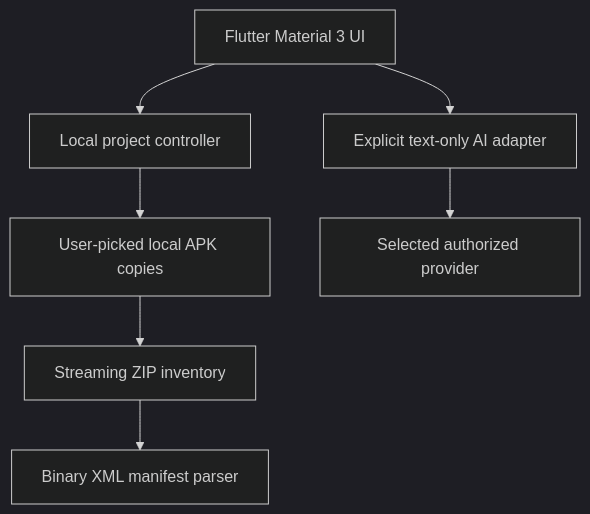
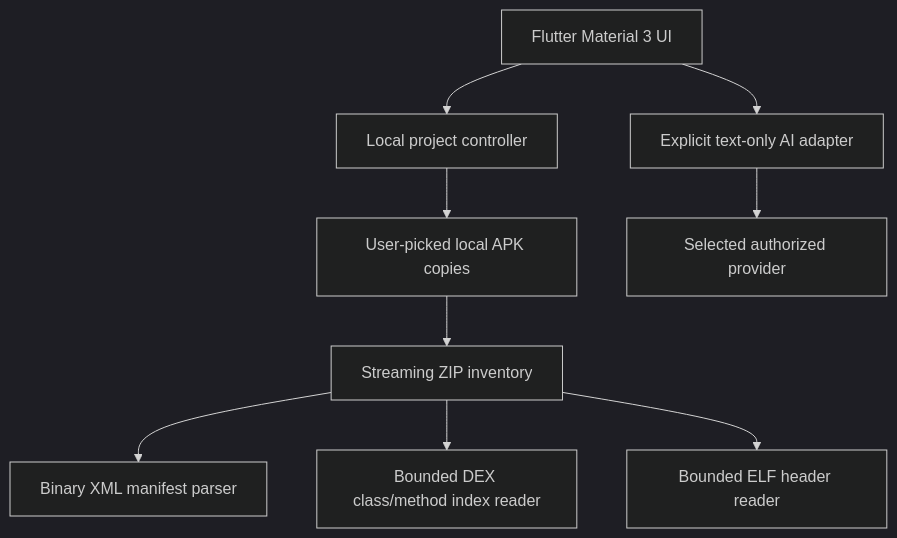
Before and after one commit to faria2177/DroidRE-AI-Studio: the diagram in docs/ARCHITECTURE.md, drawn with Mermaid (dark theme). The commit also changed other lines of this file and 10 other files, not shown here.

Commit message:
Add on-demand DEX class browser and ELF header inspector

````diff
--- a/docs/ARCHITECTURE.md
+++ b/docs/ARCHITECTURE.md
@@ -5,9 +5,11 @@
 ```mermaid
 flowchart TD
   UI[Flutter Material 3 UI] --> STORE[Local project controller]
   STORE --> FILES[User-picked local APK copies]
   FILES --> ZIP[Streaming ZIP inventory]
   ZIP --> XML[Binary XML manifest parser]
+  ZIP --> DEX[Bounded DEX class/method index reader]
+  ZIP --> ELF[Bounded ELF header reader]
   UI --> CHAT[Explicit text-only AI adapter]
   CHAT --> API[Selected authorized provider]
 ```
````
